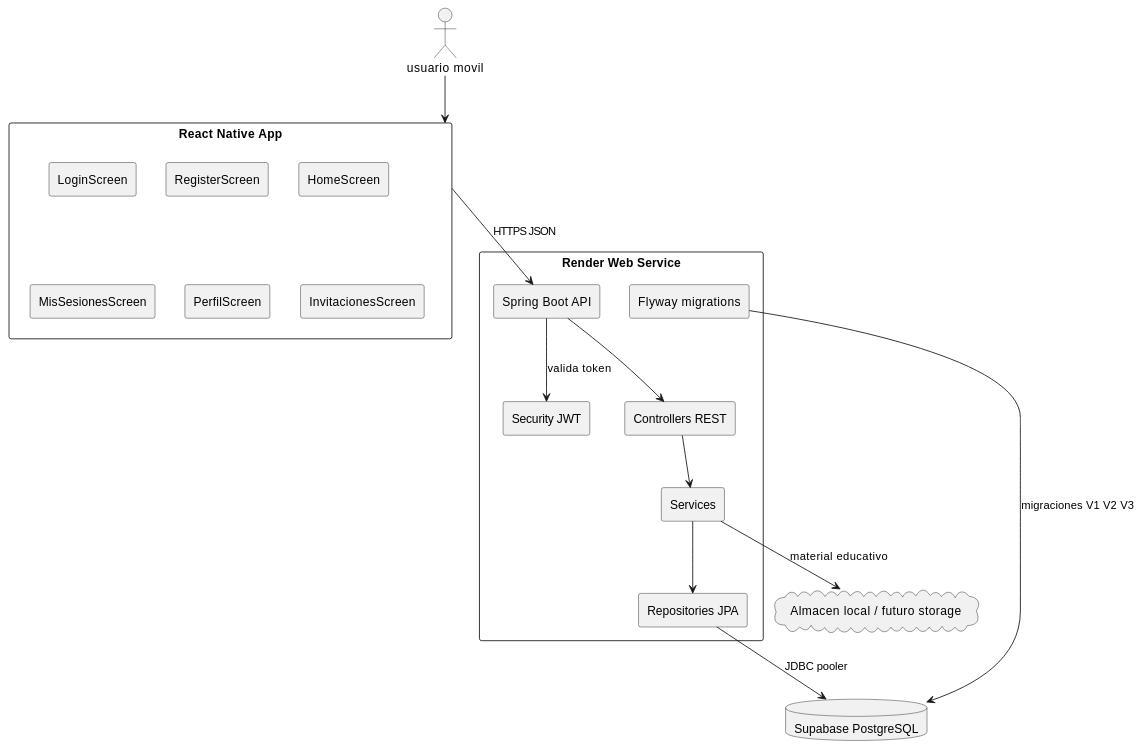
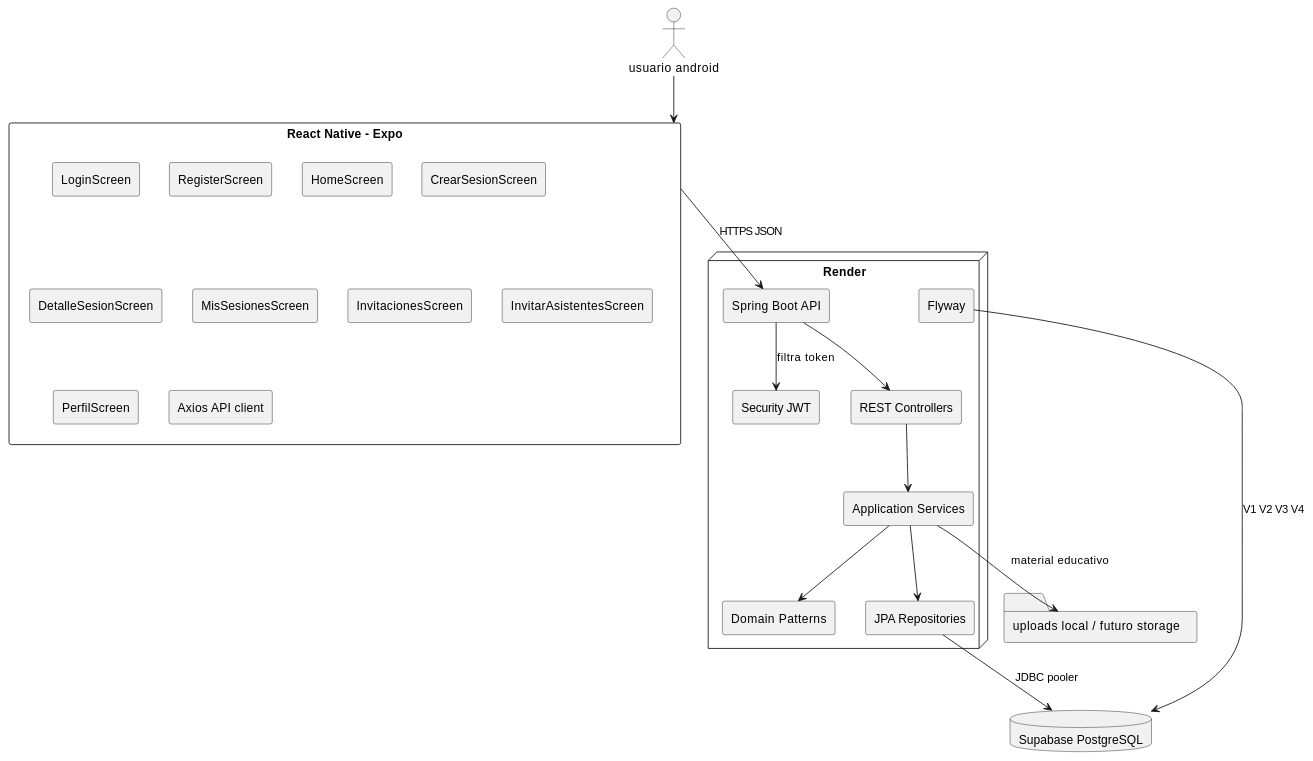
One commit to GioVxsquez/SkillSharing-IS2 changed the third of 19 diagrams in docs/analisis_release1_y_diagramas.md. Above: the diagram before and after it, drawn with PlantUML. The commit also changed other lines of this file and 3 other files, not shown here.

Commit message:
actualiza frontend y diagramas del release 1

````diff
--- a/docs/analisis_release1_y_diagramas.md
+++ b/docs/analisis_release1_y_diagramas.md
@@ -153,38 +309,44 @@
 ```plantuml
 @startuml
 skinparam componentStyle rectangle
 
-actor "usuario movil" as user
+actor "usuario android" as user
 
-component "React Native App" as app {
+component "React Native - Expo" as mobile {
   [LoginScreen]
   [RegisterScreen]
   [HomeScreen]
+  [CrearSesionScreen]
+  [DetalleSesionScreen]
   [MisSesionesScreen]
+  [InvitacionesScreen]
+  [InvitarAsistentesScreen]
   [PerfilScreen]
-  [InvitacionesScreen]
+  [Axios API client]
 }
 
-component "Render Web Service" as render {
+node "Render" as render {
   component "Spring Boot API" as api
-  component "Security JWT" as security
-  component "Controllers REST" as controllers
-  component "Services" as services
-  component "Repositories JPA" as repos
-  component "Flyway migrations" as flyway
+  component "Security JWT" as jwt
+  component "REST Controllers" as controllers
+  component "Application Services" as services
+  component "Domain Patterns" as patterns
+  component "JPA Repositories" as repos
+  component "Flyway" as flyway
 }
 
 database "Supabase PostgreSQL" as db
-cloud "Almacen local / futuro storage" as storage
+folder "uploads local / futuro storage" as storage
 
-user --> app
-app --> api : HTTPS JSON
-api --> security : valida token
+user --> mobile
+mobile --> api : HTTPS JSON
+api --> jwt : filtra token
 api --> controllers
 controllers --> services
+services --> patterns
 services --> repos
 repos --> db : JDBC pooler
-flyway --> db : migraciones V1 V2 V3
+flyway --> db : V1 V2 V3 V4
 services --> storage : material educativo
 @enduml
 ```
````
